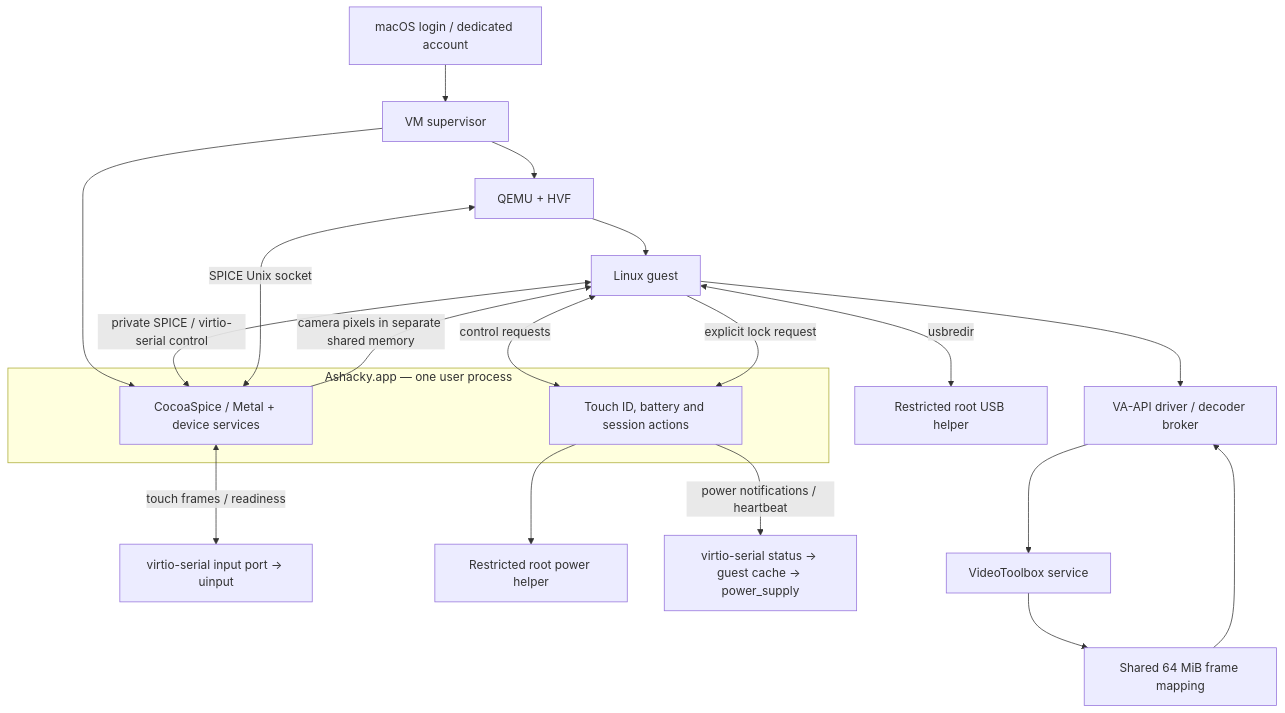
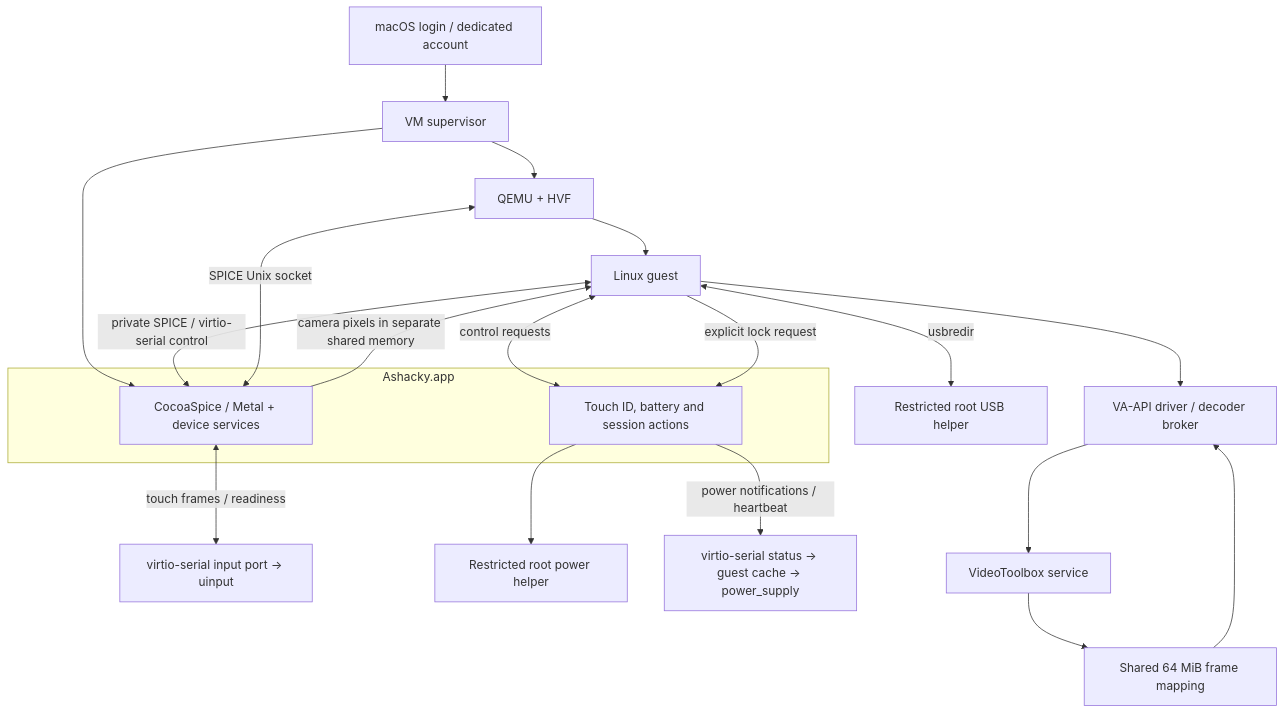
One commit to aynik/ashacky changed the diagram in docs/ARCHITECTURE.md. Above: the diagram before and after it, drawn with Mermaid. The commit also changed other lines of this file and 21 other files, not shown here.

````diff
--- a/docs/ARCHITECTURE.md
+++ b/docs/ARCHITECTURE.md
@@ -7,24 +7,24 @@
 ```mermaid
 flowchart TB
   Login[macOS login / dedicated account] --> Session[VM supervisor]
   Session --> QEMU[QEMU + HVF]
   Session --> Frontend
-  subgraph App[Ashacky.app — one user process]
+  subgraph App[Ashacky.app]
     Frontend[CocoaSpice / Metal + device services]
     Control[Touch ID, battery and session actions]
   end
   Frontend <-->|SPICE Unix socket| QEMU
   QEMU --> Guest[Linux guest]
   Frontend <-->|touch frames / readiness| Input[virtio-serial input port → uinput]
   Guest <-->|private SPICE / virtio-serial control| Frontend
   Frontend -->|camera pixels in separate shared memory| Guest
   Guest <-->|control requests| Control
   Control --> Power[Restricted root power helper]
   Control -->|power notifications / heartbeat| Telemetry[virtio-serial status → guest cache → power_supply]
   Guest -->|explicit lock request| Control
   Guest <-->|usbredir| USB[Restricted root USB helper]
   Guest --> VA[VA-API driver / decoder broker]
   VA --> VT[VideoToolbox service]
   VT --> Memory[Shared 64 MiB frame mapping]
   Memory --> VA
 ```
````
